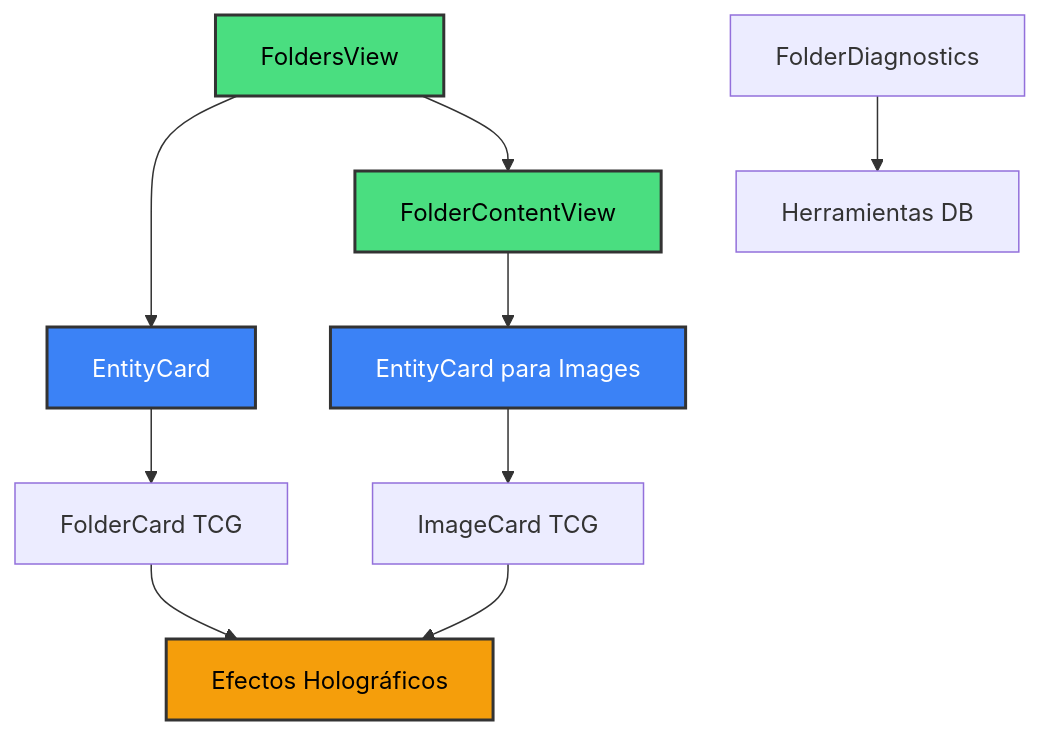
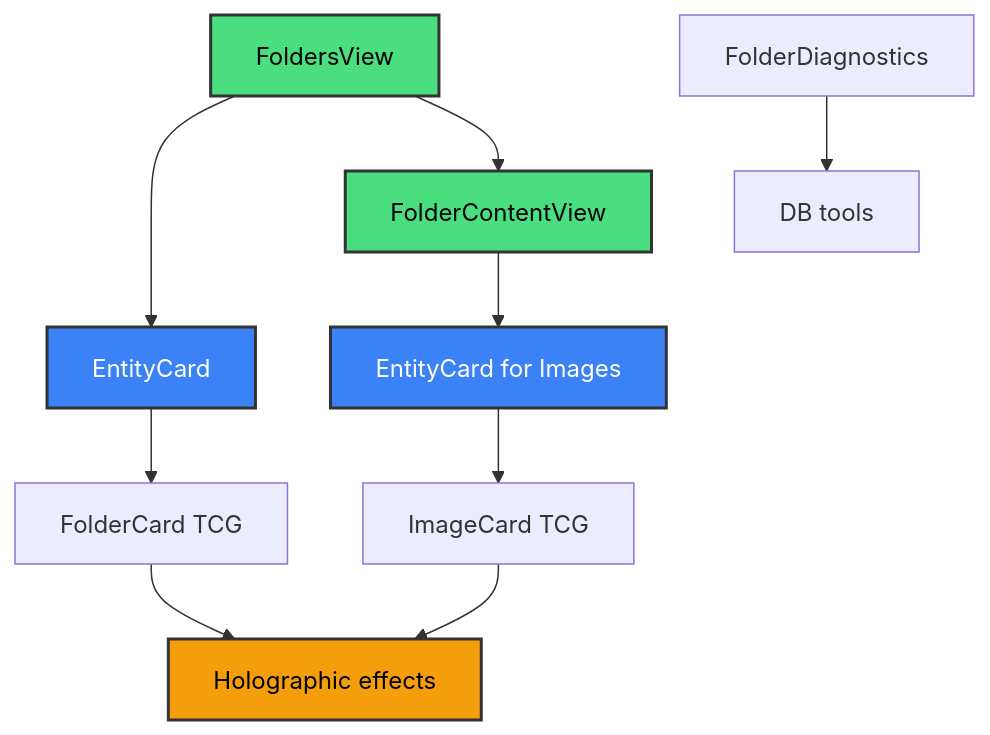
The diagram in src/components/views/folders/README.md (gvastethecreator/media-manager), drawn with Mermaid before and after one commit. The commit also changed other lines of this file and 98 other files, not shown here.

Commit message:
docs: initialize comprehensive architectural documentation and component-level README files across the repository.

````diff
--- a/src/components/views/folders/README.md
+++ b/src/components/views/folders/README.md
@@ -31,19 +35,19 @@
 ```mermaid
 flowchart TD
     A[FoldersView] --> B[EntityCard]
     A --> C[FolderContentView]
-    C --> D[EntityCard para Images]
-    E[FolderDiagnostics] --> F[Herramientas DB]
+    C --> D[EntityCard for Images]
+    E[FolderDiagnostics] --> F[DB tools]
 
     B --> G[FolderCard TCG]
     D --> H[ImageCard TCG]
 
-    G --> I[Efectos Holográficos]
+    G --> I[Holographic effects]
     H --> I
 
     style A fill:#4ade80,stroke:#333,stroke-width:2px,color:#000
     style C fill:#4ade80,stroke:#333,stroke-width:2px,color:#000
     style B fill:#3b82f6,stroke:#333,stroke-width:2px,color:#fff
     style D fill:#3b82f6,stroke:#333,stroke-width:2px,color:#fff
     style I fill:#f59e0b,stroke:#333,stroke-width:2px,color:#000
 ```
````
